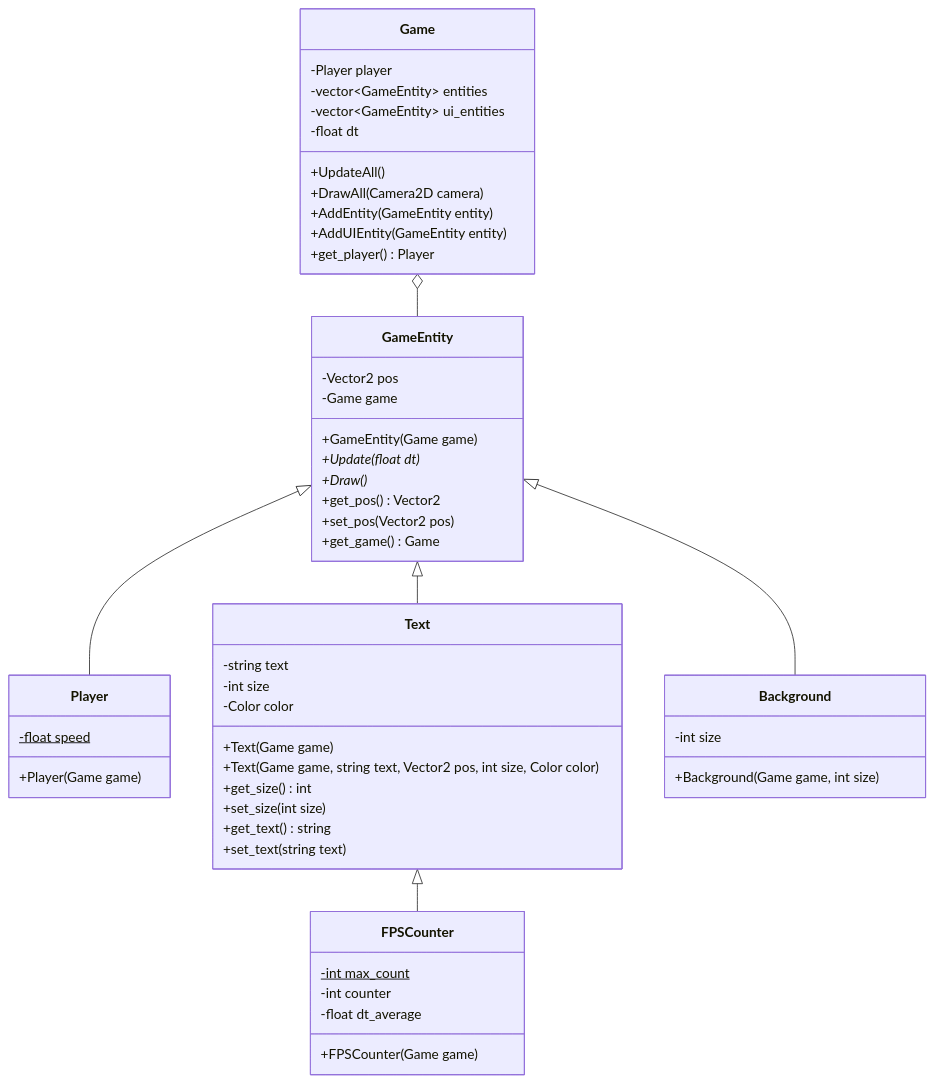
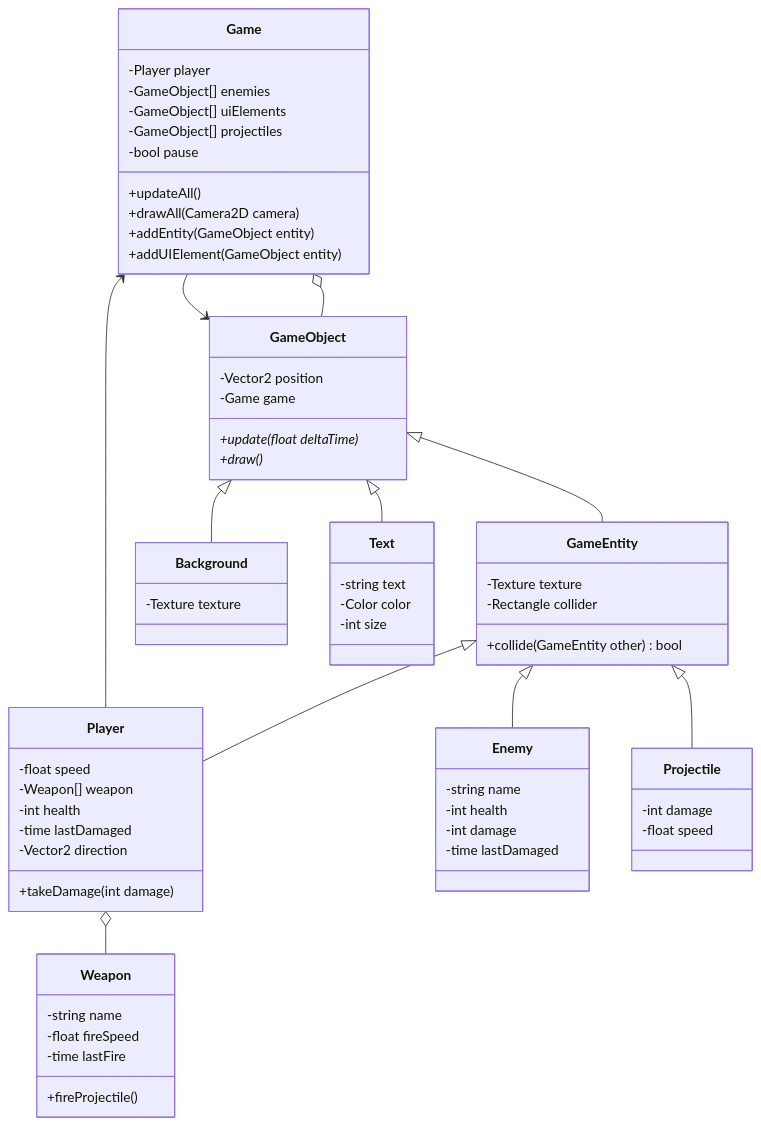
Before and after one commit to xxori/knight-survivor: the diagram in README.md, drawn with Mermaid. The commit also changed other lines of this file, not shown here.

Commit message:
docs: update class diagram

````diff
--- a/README.md
+++ b/README.md
@@ -26,54 +26,67 @@
 ```mermaid
 classDiagram
     class Game {
         -Player player
-        -vector~GameEntity~ entities
-        -vector~GameEntity~ ui_entities
-        -float dt
-        +UpdateAll()
-        +DrawAll(Camera2D camera)
-        +AddEntity(GameEntity entity)
-        +AddUIEntity(GameEntity entity)
-        +get_player() Player
+        -GameObject[] enemies
+        -GameObject[] uiElements
+        -GameObject[] projectiles
+        -bool pause
+        +updateAll()
+        +drawAll(Camera2D camera)
+        +addEntity(GameObject entity)
+        +addUIElement(GameObject entity)
     }
-    Game o-- GameEntity
+    Game o-- GameObject
+    GameObject <-- Game
+    class GameObject {
+        -Vector2 position
+        -Game game
+        +update(float deltaTime)*
+        +draw()*
+    }
     class GameEntity {
-        -Vector2 pos
-        -Game game
-        +GameEntity(Game game)
-        +Update(float dt)*
-        +Draw()*
-        +get_pos() Vector2
-        +set_pos(Vector2 pos)
-        +get_game() Game
+        -Texture texture
+        -Rectangle collider
+        +collide(GameEntity other) bool
     }
+    GameObject <|-- GameEntity
     class Player {
-        -float speed$
-        +Player(Game game)
+        -float speed
+        -Weapon[] weapon
+        -int health
+        -time lastDamaged
+        -Vector2 direction
+        +takeDamage(int damage)
     }
     GameEntity <|-- Player
+    Game <-- Player
+    class Enemy {
+        -string name
+        -int health
+        -int damage
+        -time lastDamaged
+    }
+    GameEntity <|-- Enemy
+    class Weapon {
+        -string name
+        -float fireSpeed
+        -time lastFire
+        +fireProjectile()
+    }
+    Player o-- Weapon
+    class Projectile {
+        -int damage
+        -float speed
+    }
+    GameEntity <|-- Projectile
+    class Background {
+        -Texture texture
+    }
+    GameObject <|-- Background
     class Text {
         -string text
+        -Color color
         -int size
-        -Color color
-        +Text(Game game)
-        +Text(Game game, string text, Vector2 pos, int size, Color color)
-        +get_size() int
-        +set_size(int size)
-        +get_text() string
-        +set_text(string text)
     }
-    GameEntity <|-- Text
-    class Background {
-        -int size
-        +Background(Game game, int size)
-    }
-    GameEntity <|-- Background
-    class FPSCounter {
-        -int max_count$
-        -int counter
-        -float dt_average
-        +FPSCounter(Game game)
-    }
-    Text <|-- FPSCounter
+    GameObject <|-- Text
 ```
````
